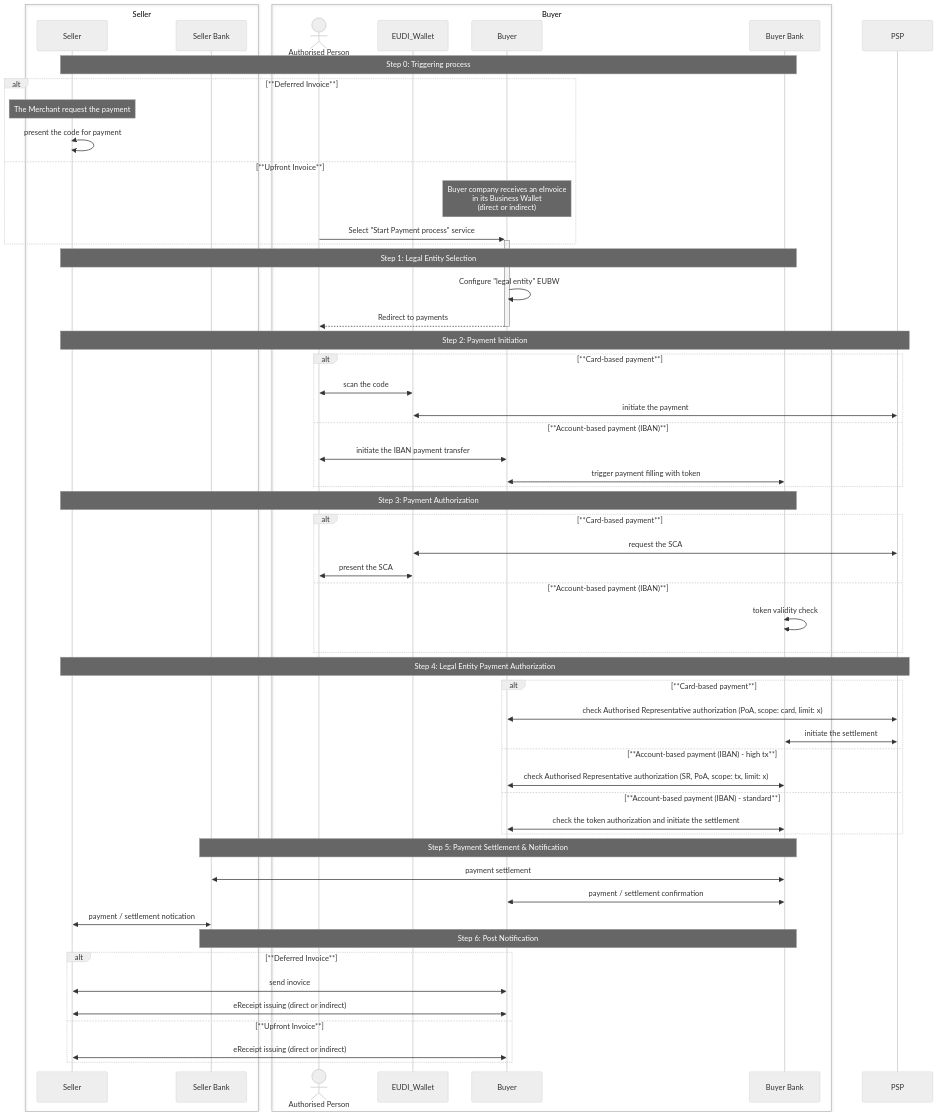
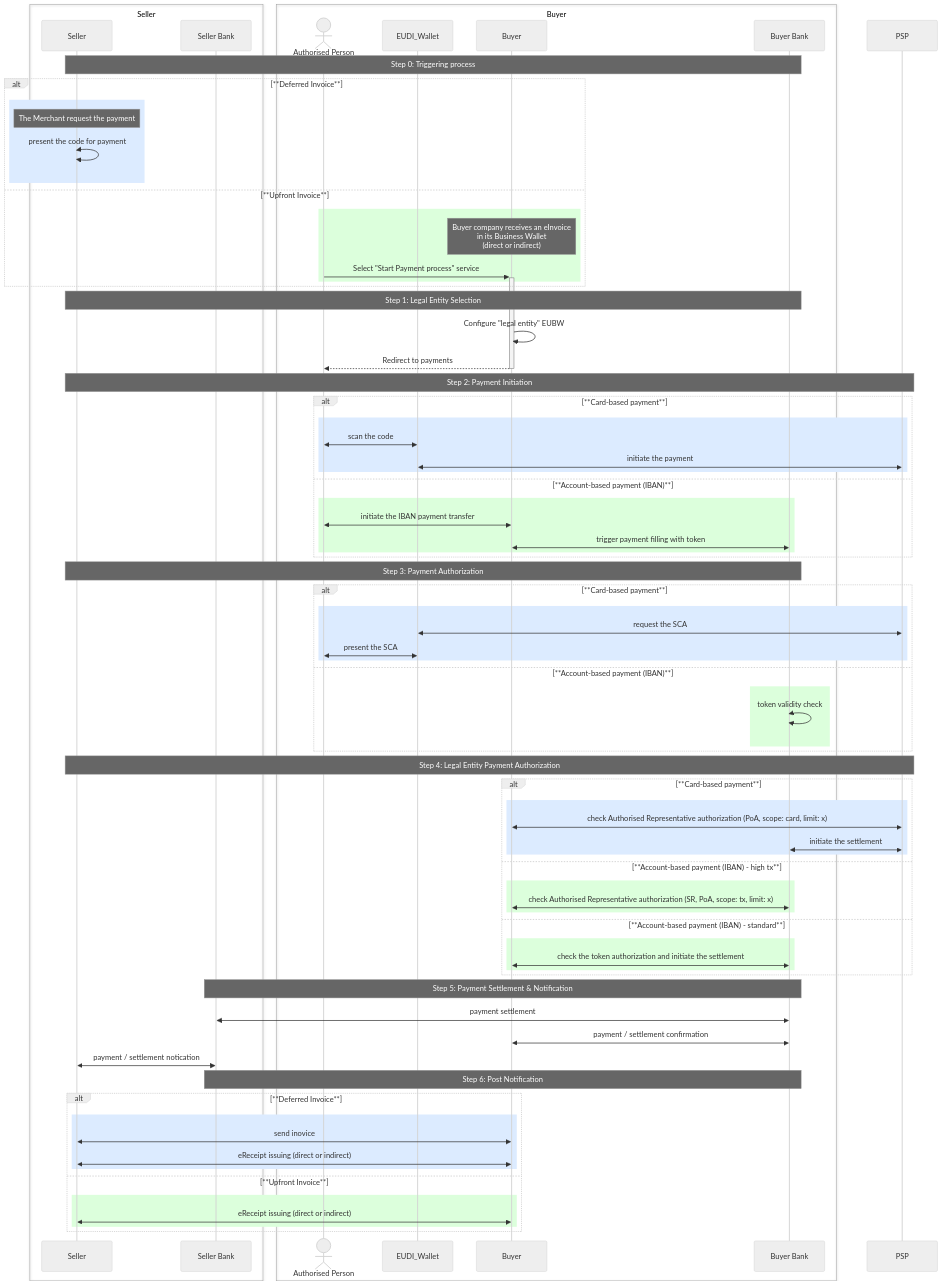
One commit to flo0x/wp3-technology-standards changed the diagram in PA4/README_MVP.md. Above: the diagram before and after it, drawn with Mermaid (neutral theme).

Commit message:
Blocks update

````diff
--- a/PA4/README_MVP.md
+++ b/PA4/README_MVP.md
@@ -214,12 +214,17 @@
 participant PSP
 
     note over Seller, BuyerBank  : Step 0: Triggering process 
+
     alt **Deferred Invoice**
+       rect rgb(220, 235, 255)
         note over Seller  : The Merchant request the payment 
-        Seller <<->> Seller: present the code for payment         
+        Seller <<->> Seller: present the code for payment  
+       end       
     else **Upfront  Invoice**     
+       rect rgb(220, 255, 220)
         note over Buyer : Buyer company receives an eInvoice<br/>in its Business Wallet<br/>(direct or indirect)
         AuthPerson ->>+ Buyer : Select "Start Payment process" service
+       end 
     end 
     
     note over Seller, BuyerBank  : Step 1: Legal Entity Selection
@@ -228,29 +233,43 @@
 
     note over Seller, PSP  : Step 2: Payment Initiation
     alt **Card-based payment**
+       rect rgb(220, 235, 255)
         AuthPerson <<->> EUDI_Wallet : scan the code
         EUDI_Wallet <<->> PSP : initiate the payment
+        end
     else **Account-based payment (IBAN)**
+       rect rgb(220, 255, 220)
         AuthPerson <<->> Buyer : initiate the IBAN payment transfer
         Buyer <<->> BuyerBank : trigger payment filling with token
+        end 
     end
 
     note over Seller, BuyerBank  : Step 3: Payment Authorization
     alt **Card-based payment**
-        PSP <<->> EUDI_Wallet : request the SCA
-        AuthPerson <<->> EUDI_Wallet : present the SCA
+        rect rgb(220, 235, 255)
+          PSP <<->> EUDI_Wallet : request the SCA
+          AuthPerson <<->> EUDI_Wallet : present the SCA
+        end 
     else **Account-based payment (IBAN)**
+       rect rgb(220, 255, 220)
         BuyerBank <<->> BuyerBank : token validity check
+        end 
     end
 
     note over Seller, PSP  : Step 4: Legal Entity Payment Authorization
     alt **Card-based payment**
+       rect rgb(220, 235, 255)
         PSP <<->> Buyer : check Authorised Representative authorization (PoA, scope: card, limit: x)
         PSP <<->> BuyerBank : initiate the settlement
+        end 
     else **Account-based payment (IBAN) - high tx**
+       rect rgb(220, 255, 220)
         BuyerBank <<->> Buyer : check Authorised Representative authorization (SR, PoA, scope: tx, limit: x)
+        end 
     else **Account-based payment (IBAN) - standard**
+       rect rgb(220, 255, 220)
         BuyerBank <<->> Buyer : check the token authorization and initiate the settlement
+        end 
     end
 
     note over SellerBank, BuyerBank  : Step 5: Payment Settlement & Notification
@@ -260,9 +279,14 @@
 
     note over SellerBank, BuyerBank  : Step 6: Post Notification   
     alt **Deferred Invoice**
+       rect rgb(220, 235, 255)
         Seller <<->> Buyer: send inovice 
         Buyer <<->> Seller : eReceipt issuing (direct or indirect)
-    else **Upfront  Invoice**     
+        end 
+    else **Upfront  Invoice**
+        rect rgb(220, 255, 220)
+     
         Buyer <<->> Seller : eReceipt issuing (direct or indirect)
+        end 
     end 
 ```
````
